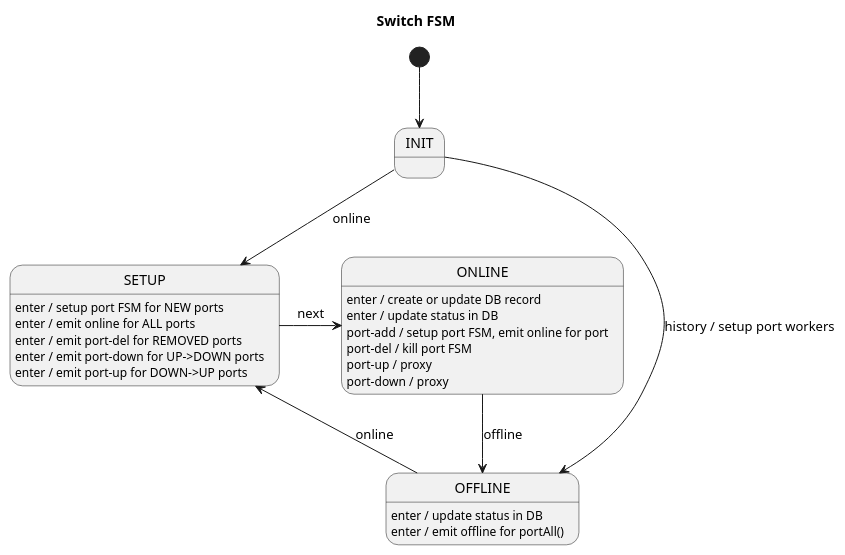
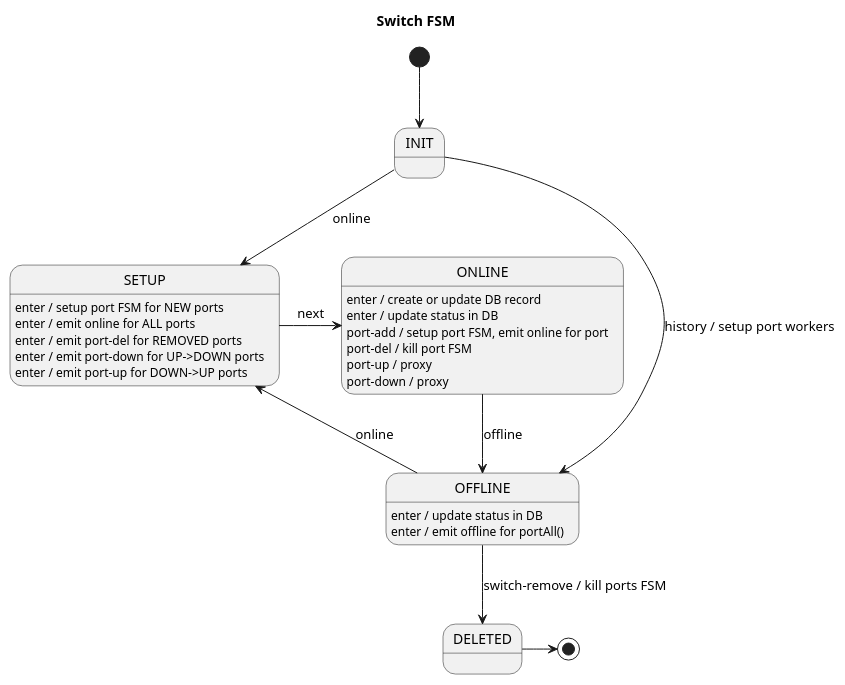
Before and after one commit to telstra/open-kilda: the diagram in docs/design/network-discovery/switch-FSM.puml, drawn with PlantUML. The commit also changed 11 other files, not shown here.

```diff
--- a/docs/design/network-discovery/switch-FSM.puml
+++ b/docs/design/network-discovery/switch-FSM.puml
@@ -22,27 +22,30 @@
 @startuml
 title Switch FSM
 
 [*] --> INIT
 
 INIT --> OFFLINE : history / setup port workers
 INIT --> SETUP : online
 
 SETUP : enter / setup port FSM for NEW ports
 SETUP : enter / emit online for ALL ports
 SETUP : enter / emit port-del for REMOVED ports
 SETUP : enter / emit port-down for UP->DOWN ports
 SETUP : enter / emit port-up for DOWN->UP ports
 SETUP -r-> ONLINE : next
 
 ONLINE : enter / create or update DB record
 ONLINE : enter / update status in DB
 ONLINE : port-add / setup port FSM, emit online for port
 ONLINE : port-del / kill port FSM
 ONLINE : port-up / proxy
 ONLINE : port-down / proxy
 ONLINE --> OFFLINE : offline
 
 OFFLINE : enter / update status in DB
 OFFLINE : enter / emit offline for portAll()
 OFFLINE --> SETUP : online
+OFFLINE --> DELETED: switch-remove / kill ports FSM
+DELETED -> [*]
+
 @enduml
```
